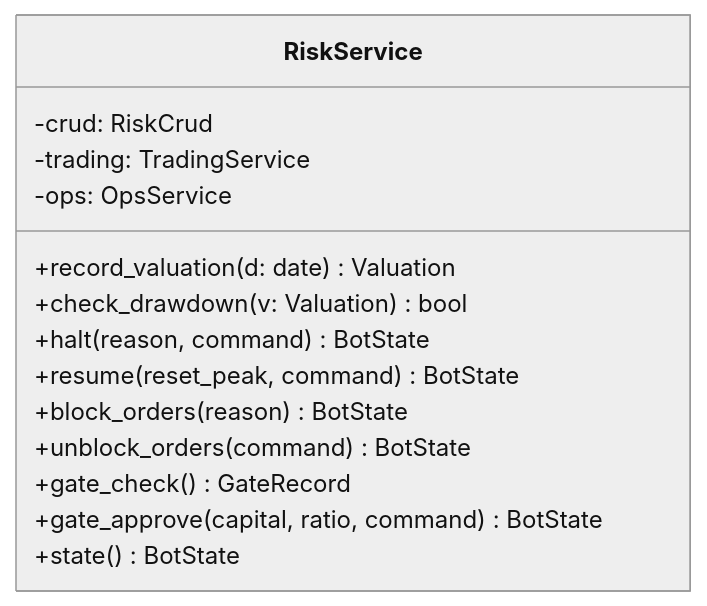
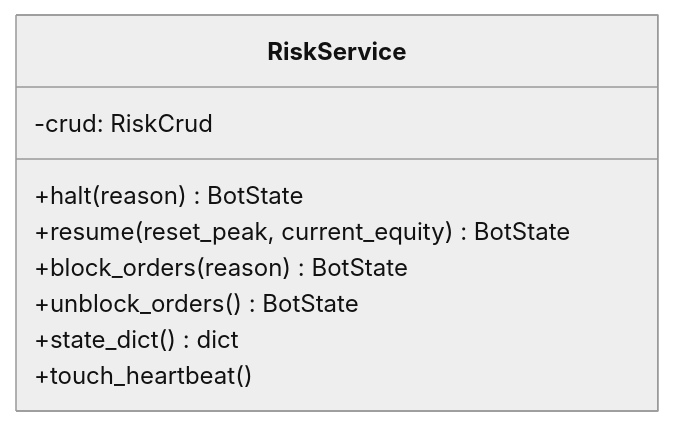
Diagram 14 of 17 in docs/specs/06-DOM/QBOT-DOM-002.md (HoyoungParkme/quant-rebalance-bot), drawn with Mermaid (neutral theme) before and after one commit. The commit also changed other lines of this file, not shown here.

Commit message:
구현 반영: 조회 포트와 주문 포트 분리(6장 미결 2 해소), risk에 OrderGate·ValuationRecorder·LiveGate, reporting crud 추가, 폴더 구조를 실제와 맞춤, 입구 동시성 규칙

````diff
--- a/docs/specs/06-DOM/QBOT-DOM-002.md
+++ b/docs/specs/06-DOM/QBOT-DOM-002.md
@@ -298,17 +340,12 @@
 ```mermaid
 classDiagram
   class RiskService {
     -crud: RiskCrud
-    -trading: TradingService
-    -ops: OpsService
-    +record_valuation(d: date) Valuation
-    +check_drawdown(v: Valuation) bool
-    +halt(reason, command) BotState
-    +resume(reset_peak, command) BotState
+    +halt(reason) BotState
+    +resume(reset_peak, current_equity) BotState
     +block_orders(reason) BotState
-    +unblock_orders(command) BotState
-    +gate_check() GateRecord
-    +gate_approve(capital, ratio, command) BotState
-    +state() BotState
+    +unblock_orders() BotState
+    +state_dict() dict
+    +touch_heartbeat()
   }
 ```
````
